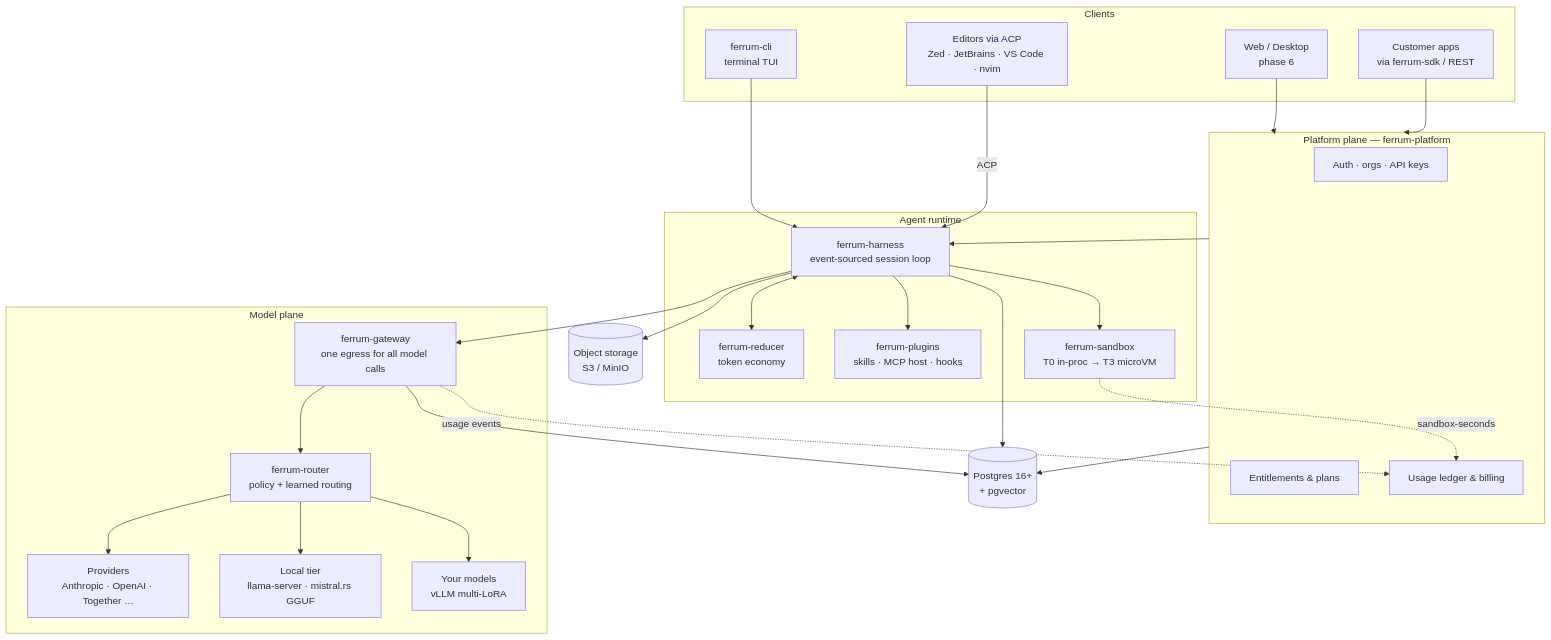
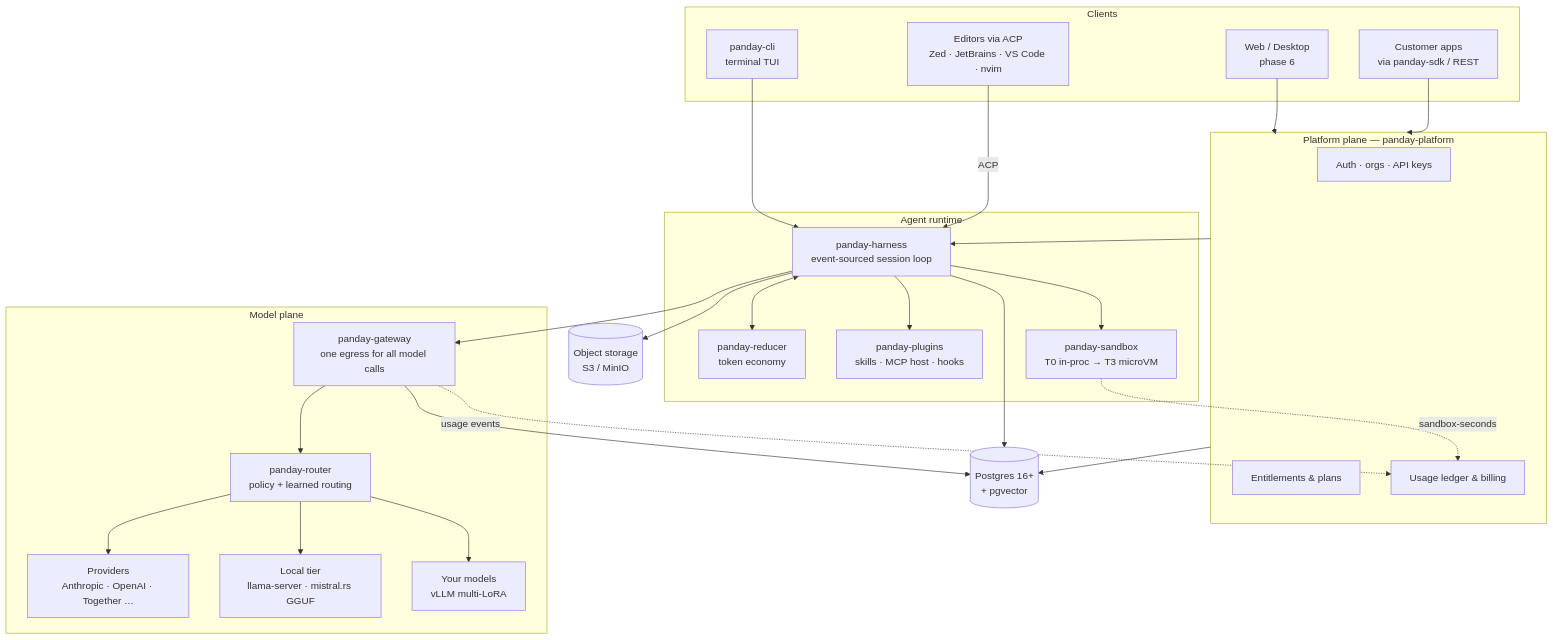
Before and after one commit to codeitlikemiley/panday: the diagram in docs/01-architecture.md, drawn with Mermaid. The commit also changed other lines of this file and 140 other files, not shown here.

First line of the commit message:
rebrand: ferrum -> panday

````diff
--- a/docs/01-architecture.md
+++ b/docs/01-architecture.md
@@ -8,53 +8,53 @@
 ```mermaid
 flowchart TB
     subgraph clients[Clients]
-        CLI[ferrum-cli<br/>terminal TUI]
+        CLI[panday-cli<br/>terminal TUI]
         IDE[Editors via ACP<br/>Zed · JetBrains · VS Code · nvim]
         WEB[Web / Desktop<br/>phase 6]
-        SDKC[Customer apps<br/>via ferrum-sdk / REST]
+        SDKC[Customer apps<br/>via panday-sdk / REST]
     end
 
-    subgraph plane[Platform plane — ferrum-platform]
+    subgraph plane[Platform plane — panday-platform]
         AUTH[Auth · orgs · API keys]
         ENT[Entitlements & plans]
         METER[Usage ledger & billing]
     end
 
     subgraph runtime[Agent runtime]
-        HARN[ferrum-harness<br/>event-sourced session loop]
-        RED[ferrum-reducer<br/>token economy]
-        PLUG[ferrum-plugins<br/>skills · MCP host · hooks]
-        SBX[ferrum-sandbox<br/>T0 in-proc → T3 microVM]
+        HARN[panday-harness<br/>event-sourced session loop]
+        RED[panday-reducer<br/>token economy]
+        PLUG[panday-plugins<br/>skills · MCP host · hooks]
+        SBX[panday-sandbox<br/>T0 in-proc → T3 microVM]
     end
 
     subgraph modelplane[Model plane]
-        GW[ferrum-gateway<br/>one egress for all model calls]
-        RTR[ferrum-router<br/>policy + learned routing]
+        GW[panday-gateway<br/>one egress for all model calls]
+        RTR[panday-router<br/>policy + learned routing]
         PROV[Providers<br/>Anthropic · OpenAI · Together …]
         LOCAL[Local tier<br/>llama-server · mistral.rs GGUF]
         TUNED[Your models<br/>vLLM multi-LoRA]
     end
 
     DATA[(Postgres 16+<br/>+ pgvector)]
     OBJ[(Object storage<br/>S3 / MinIO)]
 
     CLI --> HARN
     IDE -->|ACP| HARN
     WEB --> plane
     SDKC --> plane
     plane --> HARN
     HARN --> PLUG
     HARN --> SBX
     HARN <--> RED
     HARN --> GW
     GW --> RTR
     RTR --> PROV
     RTR --> LOCAL
     RTR --> TUNED
     HARN --> DATA
     GW --> DATA
     plane --> DATA
     HARN --> OBJ
     GW -.usage events.-> METER
     SBX -.sandbox-seconds.-> METER
 ```
````
